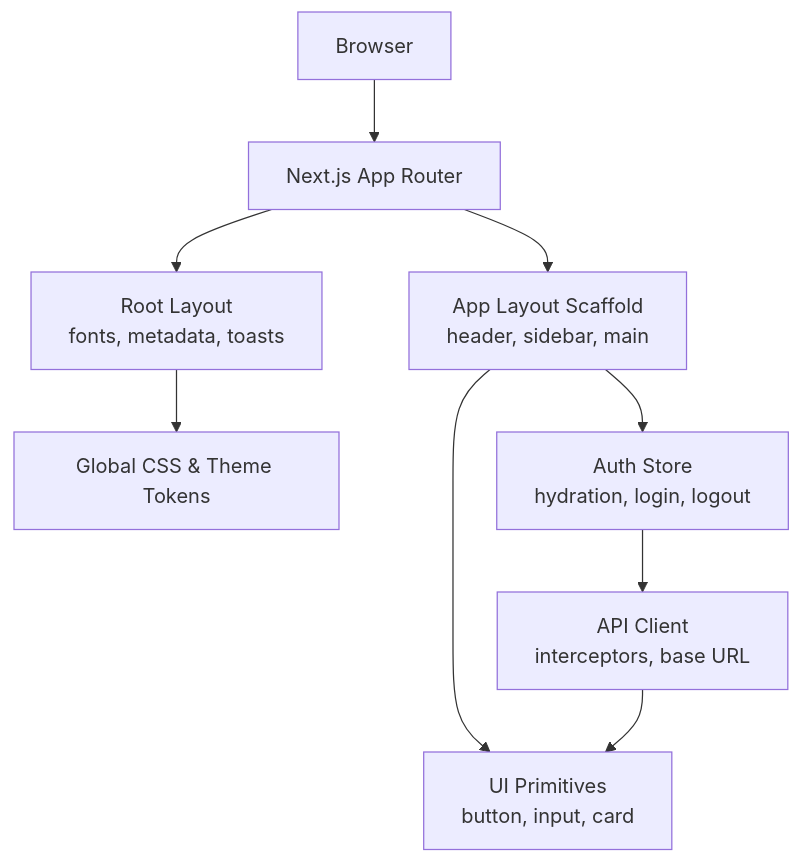
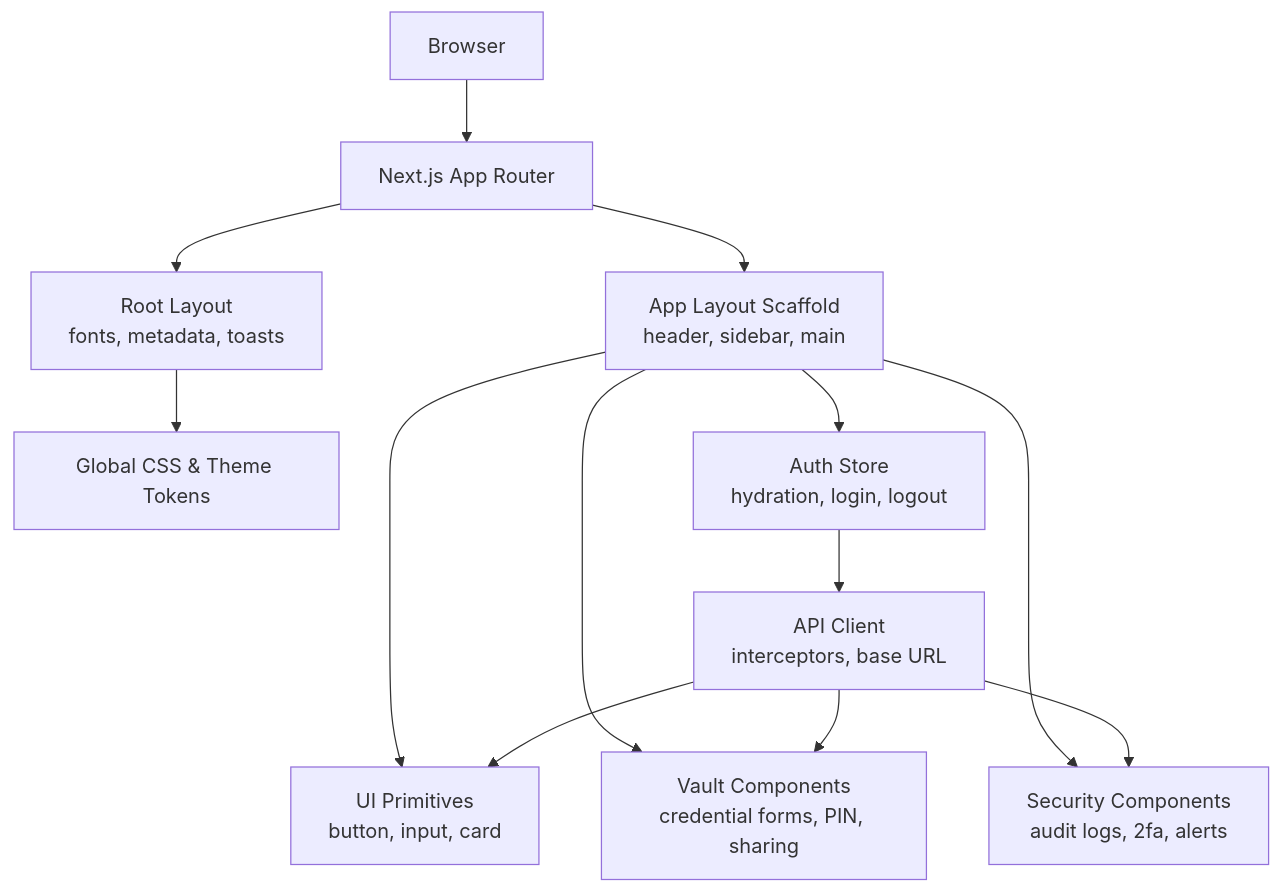
Before and after one commit to FCS-WP/website_portal: the second of 19 diagrams in .qoder/repowiki/en/content/Frontend Architecture (Next.js)/Frontend Architecture (Next.js).md, drawn with Mermaid. The commit also changed other lines of this file and 37 other files, not shown here.

````diff
--- a/.qoder/repowiki/en/content/Frontend Architecture (Next.js)/Frontend Architecture (Next.js).md
+++ b/.qoder/repowiki/en/content/Frontend Architecture (Next.js)/Frontend Architecture (Next.js).md
@@ -164,19 +194,25 @@
 ```mermaid
 graph TB
 CLIENT["Browser"]
 NEXT["Next.js App Router"]
 ROOTLAYOUT["Root Layout<br/>fonts, metadata, toasts"]
 GLOBTHEME["Global CSS & Theme Tokens"]
 LAYOUTCOMP["App Layout Scaffold<br/>header, sidebar, main"]
 AUTHSTORE["Auth Store<br/>hydration, login, logout"]
 APICLIENT["API Client<br/>interceptors, base URL"]
 UI["UI Primitives<br/>button, input, card"]
+VAULTCOMP["Vault Components<br/>credential forms, PIN, sharing"]
+SECURITYCOMP["Security Components<br/>audit logs, 2fa, alerts"]
 CLIENT --> NEXT
 NEXT --> ROOTLAYOUT
 ROOTLAYOUT --> GLOBTHEME
 NEXT --> LAYOUTCOMP
 LAYOUTCOMP --> AUTHSTORE
 AUTHSTORE --> APICLIENT
 LAYOUTCOMP --> UI
+LAYOUTCOMP --> VAULTCOMP
+LAYOUTCOMP --> SECURITYCOMP
 APICLIENT --> UI
+APICLIENT --> VAULTCOMP
+APICLIENT --> SECURITYCOMP
 ```
````
